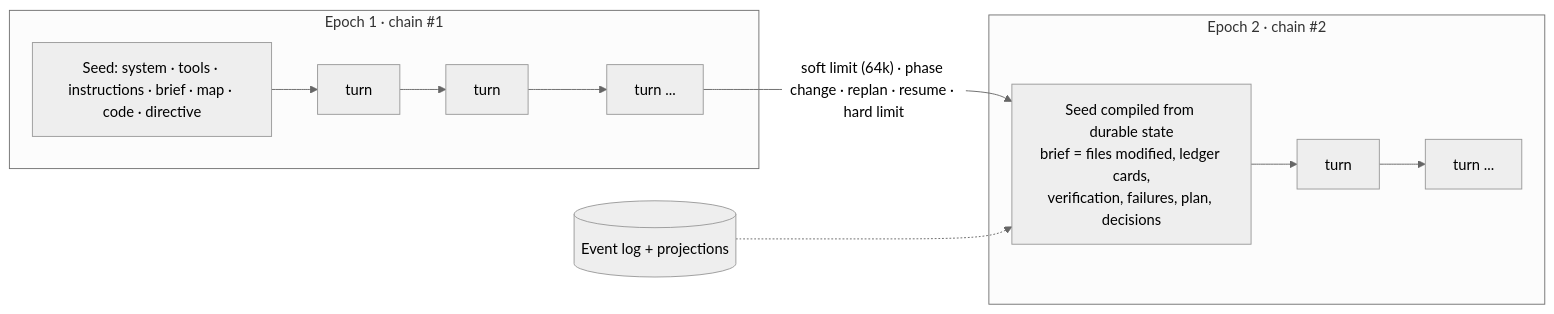
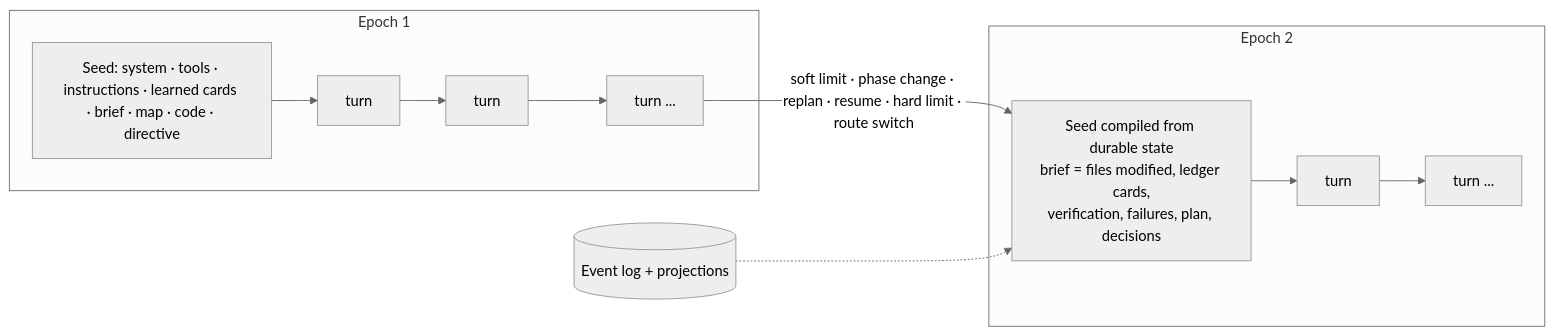
One commit to Kai-0501/kai-agent-2.0 changed the fourth of 6 diagrams in ARCHITECTURE.md. Above: the diagram before and after it, drawn with Mermaid (neutral theme). The commit also changed other lines of this file and 83 other files, not shown here.

First line of the commit message:
architecture: R1 release extension (macOS app, three routes, learning, Chrome research)

````diff
--- a/ARCHITECTURE.md
+++ b/ARCHITECTURE.md
@@ -231,11 +251,11 @@
 ```mermaid
 flowchart LR
-  subgraph E1[Epoch 1 · chain #1]
-    s1[Seed: system · tools · instructions · brief · map · code · directive] --> t1[turn] --> t2[turn] --> t3[turn ...]
+  subgraph E1[Epoch 1]
+    s1[Seed: system · tools · instructions · learned cards · brief · map · code · directive] --> t1[turn] --> t2[turn] --> t3[turn ...]
   end
-  subgraph E2[Epoch 2 · chain #2]
+  subgraph E2[Epoch 2]
     s2[Seed compiled from durable state<br/>brief = files modified, ledger cards,<br/>verification, failures, plan, decisions] --> u1[turn] --> u2[turn ...]
   end
-  t3 -- "soft limit (64k) · phase change · replan · resume · hard limit" --> s2
+  t3 -- "soft limit · phase change · replan · resume · hard limit · route switch" --> s2
   store[(Event log + projections)] -.-> s2
 ```
````
